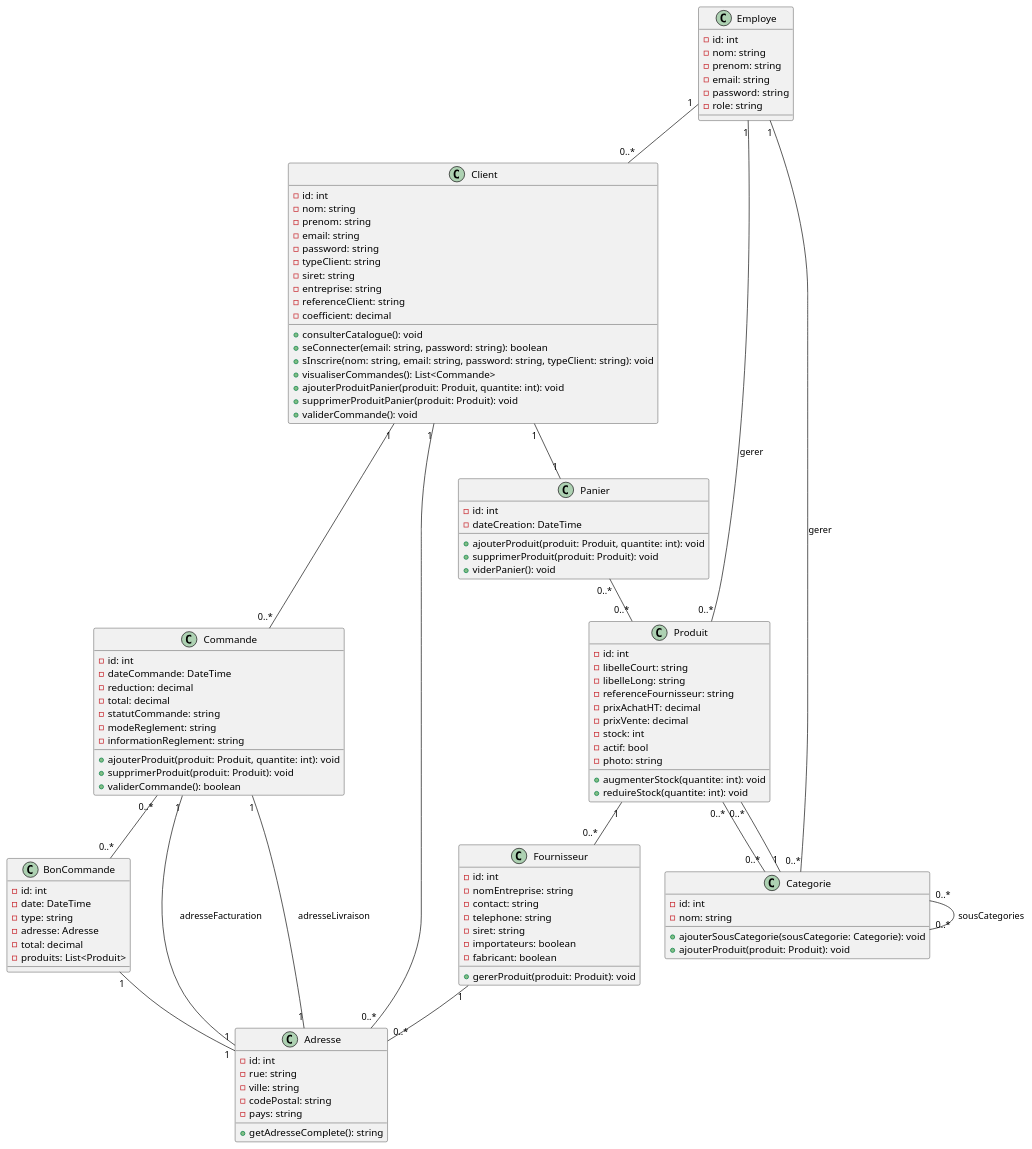
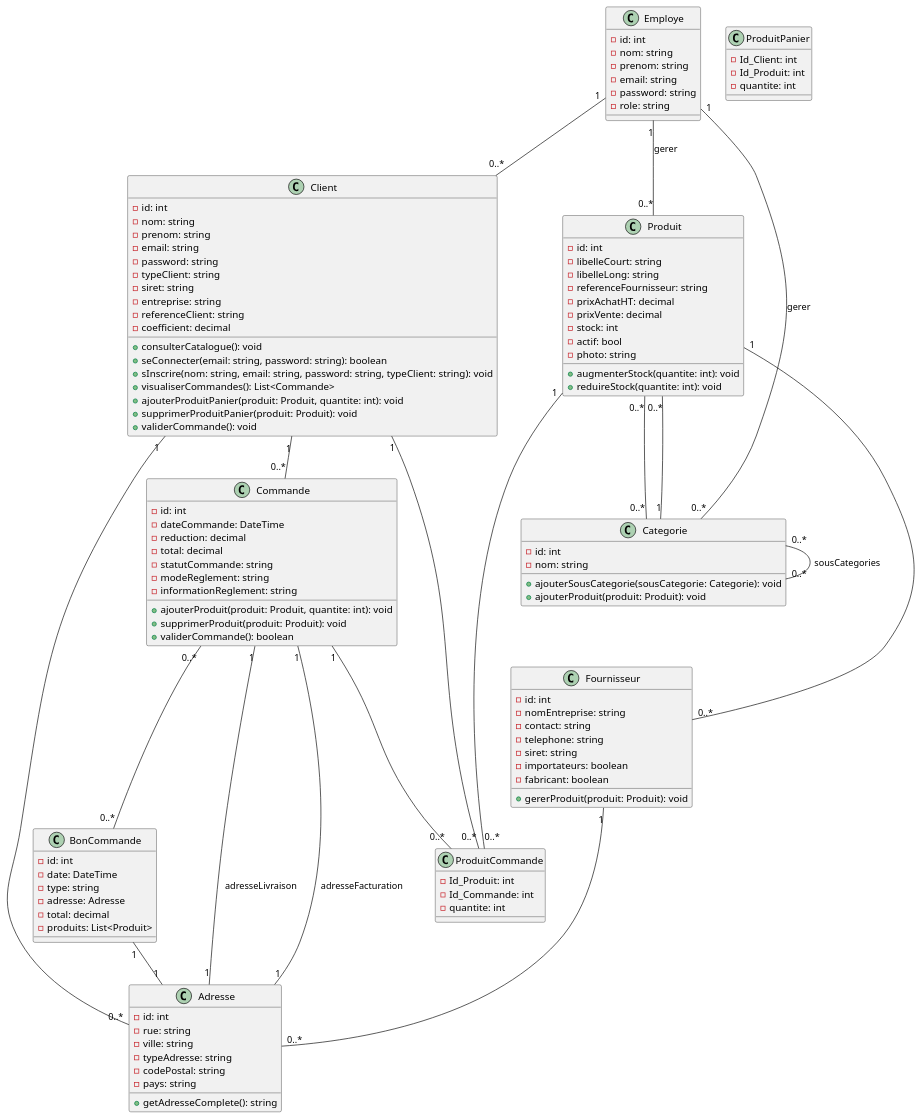
The diagram in modelisation/diagramme_classe.plantuml (clemence95/villagegreen), drawn with PlantUML before and after one commit.

```diff
--- a/modelisation/diagramme_classe.plantuml
+++ b/modelisation/diagramme_classe.plantuml
@@ -1,121 +1,129 @@
 @startuml diagramme_classe
 
 class Client {
     - id: int
     - nom: string
     - prenom: string
     - email: string
     - password: string
     - typeClient: string
     - siret: string
     - entreprise: string
     - referenceClient: string
     - coefficient: decimal
     + consulterCatalogue(): void
     + seConnecter(email: string, password: string): boolean
     + sInscrire(nom: string, email: string, password: string, typeClient: string): void
     + visualiserCommandes(): List<Commande>
     + ajouterProduitPanier(produit: Produit, quantite: int): void
     + supprimerProduitPanier(produit: Produit): void
     + validerCommande(): void
 }
 
 class Adresse {
     - id: int
     - rue: string
     - ville: string
+    - typeAdresse: string
     - codePostal: string
     - pays: string
     + getAdresseComplete(): string
 }
 
 class Employe {
     - id: int
     - nom: string
     - prenom: string
     - email: string
     - password: string
     - role: string
 }
 
 class Produit {
     - id: int
     - libelleCourt: string
     - libelleLong: string
     - referenceFournisseur: string
     - prixAchatHT: decimal
     - prixVente: decimal
     - stock: int
     - actif: bool
     - photo: string
     + augmenterStock(quantite: int): void
     + reduireStock(quantite: int): void
 }
 
 class Categorie {
     - id: int
     - nom: string
     + ajouterSousCategorie(sousCategorie: Categorie): void
     + ajouterProduit(produit: Produit): void
 }
 
 class Fournisseur {
     - id: int
     - nomEntreprise: string
     - contact: string
     - telephone: string
     - siret: string
     - importateurs: boolean
     - fabricant: boolean
     + gererProduit(produit: Produit): void
 }
 
 class Commande {
     - id: int
     - dateCommande: DateTime
     - reduction: decimal
     - total: decimal
     - statutCommande: string
     - modeReglement: string
     - informationReglement: string
     + ajouterProduit(produit: Produit, quantite: int): void
     + supprimerProduit(produit: Produit): void
     + validerCommande(): boolean
 }
 
-class Panier {
-    - id: int
-    - dateCreation: DateTime
-    + ajouterProduit(produit: Produit, quantite: int): void
-    + supprimerProduit(produit: Produit): void
-    + viderPanier(): void
-}
-
 class BonCommande {
     - id: int
     - date: DateTime
     - type: string
     - adresse: Adresse
     - total: decimal
     - produits: List<Produit>
 }
 
+class ProduitCommande {
+    - Id_Produit: int
+    - Id_Commande: int
+    - quantite: int
+}
+
+class ProduitPanier {
+    - Id_Client: int
+    - Id_Produit: int
+    - quantite: int
+}
+
 Client "1" -- "0..*" Commande
 Commande "1" -- "1" Adresse : adresseLivraison
 Commande "1" -- "1" Adresse : adresseFacturation
 Client "1" -- "0..*" Adresse
-Client "1" -- "1" Panier
 Employe "1" -- "0..*" Client
 Employe "1" -- "0..*" Produit : gerer
 Employe "1" -- "0..*" Categorie : gerer
 
 Produit "1" -- "0..*" Fournisseur
 Produit "0..*" -- "0..*" Categorie
 Categorie "0..*" -- "0..*" Categorie : sousCategories
 Categorie "1" -- "0..*" Produit
 Fournisseur "1" -- "0..*" Adresse
-Panier "0..*" -- "0..*" Produit
 Commande "0..*" -- "0..*" BonCommande
 BonCommande "1" -- "1" Adresse
 
+Client "1" -- "0..*" ProduitCommande
+Commande "1" -- "0..*" ProduitCommande
+Produit "1" -- "0..*" ProduitCommande
+
+
 @enduml
```
